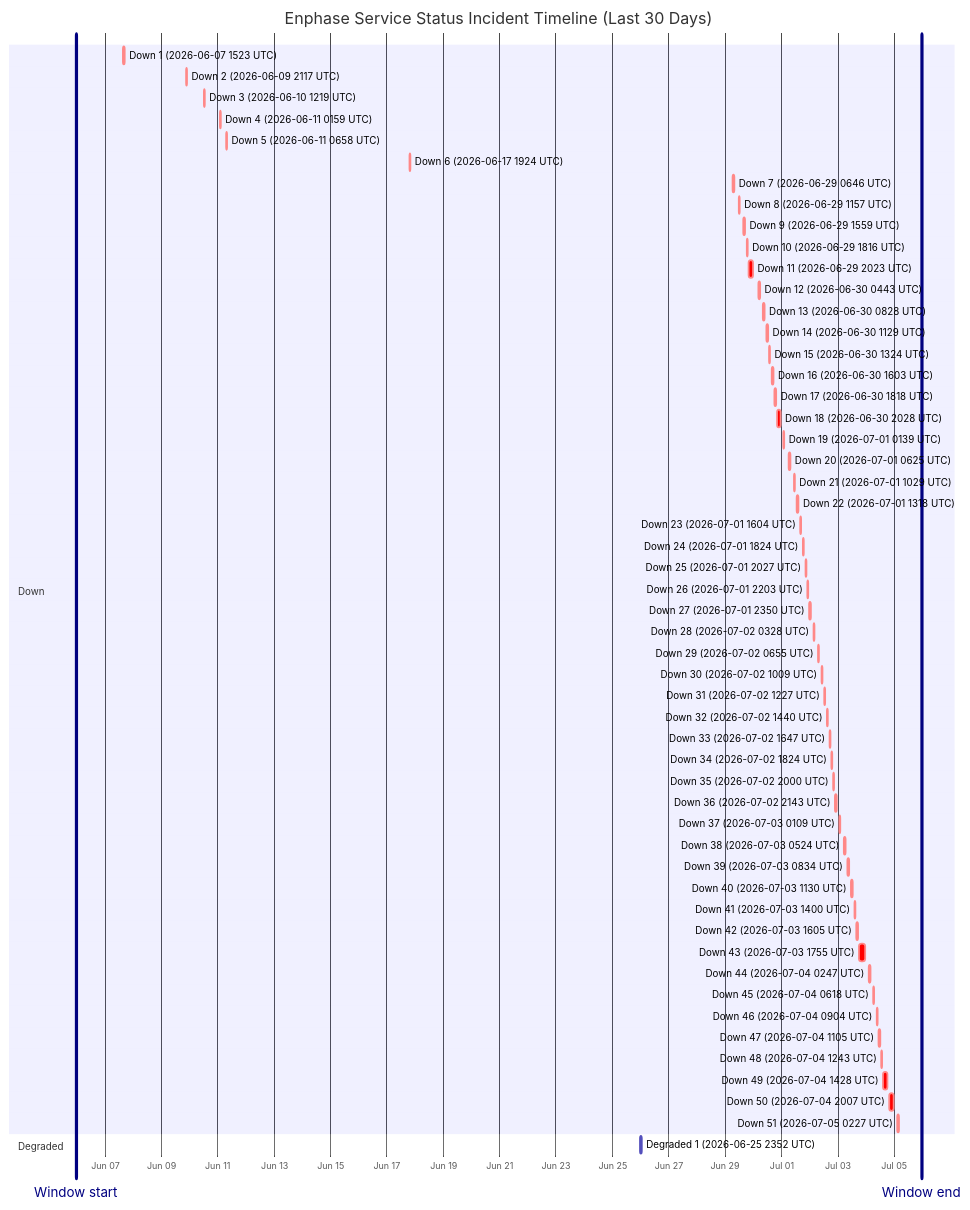
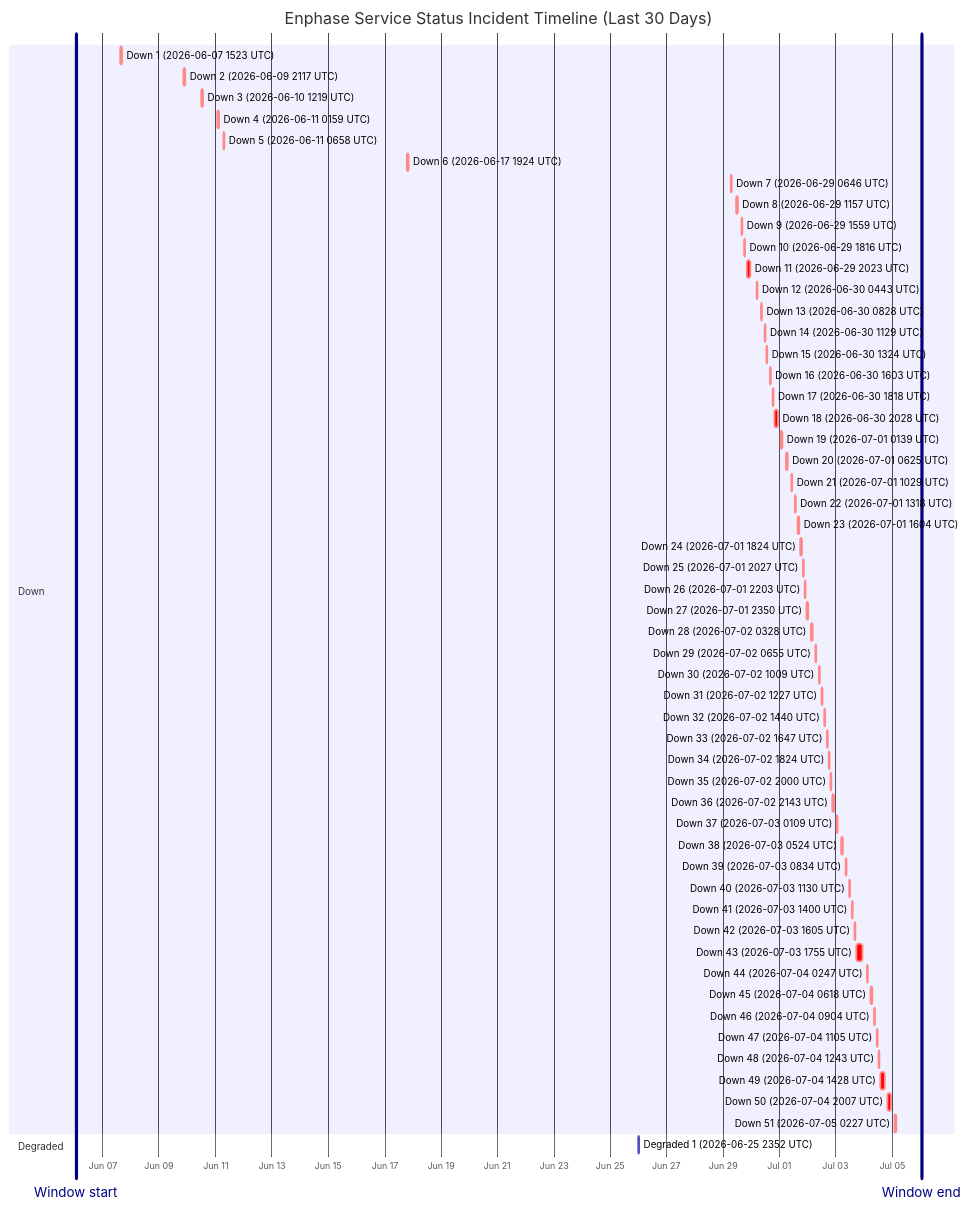
Before and after one commit to barneyonline/ha-enphase-energy: the diagram in wiki/Service-Status-History.md, drawn with Mermaid. The commit also changed other lines of this file and 3 other files, not shown here.

````diff
--- a/wiki/Service-Status-History.md
+++ b/wiki/Service-Status-History.md
@@ -14,62 +14,62 @@
 ```mermaid
 gantt
     title Enphase Service Status Incident Timeline (Last 30 Days)
     dateFormat  YYYY-MM-DDTHH:mm:ss
     axisFormat  %b %d
-    Window start :vert, window-start, 2026-06-05T23:11:46, 0ms
-    Window end :vert, window-end, 2026-07-05T23:11:46, 0ms
+    Window start :vert, window-start, 2026-06-06T01:15:05, 0ms
+    Window end :vert, window-end, 2026-07-06T01:15:05, 0ms
     section Down
     Down 1 (2026-06-07 1523 UTC) :crit, down-1, 2026-06-07T15:23:22, 87m
     Down 2 (2026-06-09 2117 UTC) :crit, down-2, 2026-06-09T21:17:17, 60m
     Down 3 (2026-06-10 1219 UTC) :crit, down-3, 2026-06-10T12:19:21, 60m
     Down 4 (2026-06-11 0159 UTC) :crit, down-4, 2026-06-11T01:59:36, 60m
     Down 5 (2026-06-11 0658 UTC) :crit, down-5, 2026-06-11T06:58:45, 60m
     Down 6 (2026-06-17 1924 UTC) :crit, down-6, 2026-06-17T19:24:51, 60m
     Down 7 (2026-06-29 0646 UTC) :crit, down-7, 2026-06-29T06:46:18, 60m
     Down 8 (2026-06-29 1157 UTC) :crit, down-8, 2026-06-29T11:57:36, 60m
     Down 9 (2026-06-29 1559 UTC) :crit, down-9, 2026-06-29T15:59:02, 60m
     Down 10 (2026-06-29 1816 UTC) :crit, down-10, 2026-06-29T18:16:38, 60m
     Down 11 (2026-06-29 2023 UTC) :crit, down-11, 2026-06-29T20:23:16, 220m
     Down 12 (2026-06-30 0443 UTC) :crit, down-12, 2026-06-30T04:43:54, 60m
     Down 13 (2026-06-30 0828 UTC) :crit, down-13, 2026-06-30T08:28:43, 60m
     Down 14 (2026-06-30 1129 UTC) :crit, down-14, 2026-06-30T11:29:15, 60m
     Down 15 (2026-06-30 1324 UTC) :crit, down-15, 2026-06-30T13:24:25, 60m
     Down 16 (2026-06-30 1603 UTC) :crit, down-16, 2026-06-30T16:03:26, 60m
     Down 17 (2026-06-30 1818 UTC) :crit, down-17, 2026-06-30T18:18:39, 60m
     Down 18 (2026-06-30 2028 UTC) :crit, down-18, 2026-06-30T20:28:54, 171m
     Down 19 (2026-07-01 0139 UTC) :crit, down-19, 2026-07-01T01:39:18, 60m
     Down 20 (2026-07-01 0625 UTC) :crit, down-20, 2026-07-01T06:25:35, 60m
     Down 21 (2026-07-01 1029 UTC) :crit, down-21, 2026-07-01T10:29:24, 60m
     Down 22 (2026-07-01 1318 UTC) :crit, down-22, 2026-07-01T13:18:31, 60m
     Down 23 (2026-07-01 1604 UTC) :crit, down-23, 2026-07-01T16:04:29, 60m
     Down 24 (2026-07-01 1824 UTC) :crit, down-24, 2026-07-01T18:24:21, 60m
     Down 25 (2026-07-01 2027 UTC) :crit, down-25, 2026-07-01T20:27:17, 60m
     Down 26 (2026-07-01 2203 UTC) :crit, down-26, 2026-07-01T22:03:46, 60m
     Down 27 (2026-07-01 2350 UTC) :crit, down-27, 2026-07-01T23:50:52, 60m
     Down 28 (2026-07-02 0328 UTC) :crit, down-28, 2026-07-02T03:28:33, 60m
     Down 29 (2026-07-02 0655 UTC) :crit, down-29, 2026-07-02T06:55:07, 60m
     Down 30 (2026-07-02 1009 UTC) :crit, down-30, 2026-07-02T10:09:15, 60m
     Down 31 (2026-07-02 1227 UTC) :crit, down-31, 2026-07-02T12:27:49, 60m
     Down 32 (2026-07-02 1440 UTC) :crit, down-32, 2026-07-02T14:40:53, 60m
     Down 33 (2026-07-02 1647 UTC) :crit, down-33, 2026-07-02T16:47:47, 60m
     Down 34 (2026-07-02 1824 UTC) :crit, down-34, 2026-07-02T18:24:26, 60m
     Down 35 (2026-07-02 2000 UTC) :crit, down-35, 2026-07-02T20:00:57, 60m
     Down 36 (2026-07-02 2143 UTC) :crit, down-36, 2026-07-02T21:43:52, 80m
     Down 37 (2026-07-03 0109 UTC) :crit, down-37, 2026-07-03T01:09:19, 60m
     Down 38 (2026-07-03 0524 UTC) :crit, down-38, 2026-07-03T05:24:23, 60m
     Down 39 (2026-07-03 0834 UTC) :crit, down-39, 2026-07-03T08:34:05, 60m
     Down 40 (2026-07-03 1130 UTC) :crit, down-40, 2026-07-03T11:30:41, 60m
     Down 41 (2026-07-03 1400 UTC) :crit, down-41, 2026-07-03T14:00:48, 60m
     Down 42 (2026-07-03 1605 UTC) :crit, down-42, 2026-07-03T16:05:49, 60m
     Down 43 (2026-07-03 1755 UTC) :crit, down-43, 2026-07-03T17:55:54, 338m
     Down 44 (2026-07-04 0247 UTC) :crit, down-44, 2026-07-04T02:47:22, 60m
     Down 45 (2026-07-04 0618 UTC) :crit, down-45, 2026-07-04T06:18:09, 60m
     Down 46 (2026-07-04 0904 UTC) :crit, down-46, 2026-07-04T09:04:41, 60m
     Down 47 (2026-07-04 1105 UTC) :crit, down-47, 2026-07-04T11:05:21, 60m
     Down 48 (2026-07-04 1243 UTC) :crit, down-48, 2026-07-04T12:43:25, 60m
     Down 49 (2026-07-04 1428 UTC) :crit, down-49, 2026-07-04T14:28:07, 243m
     Down 50 (2026-07-04 2007 UTC) :crit, down-50, 2026-07-04T20:07:50, 206m
     Down 51 (2026-07-05 0227 UTC) :crit, down-51, 2026-07-05T02:27:32, 109m
     section Degraded
     Degraded 1 (2026-06-25 2352 UTC) :active, degraded-1, 2026-06-25T23:52:01, 60m
 ```
````
